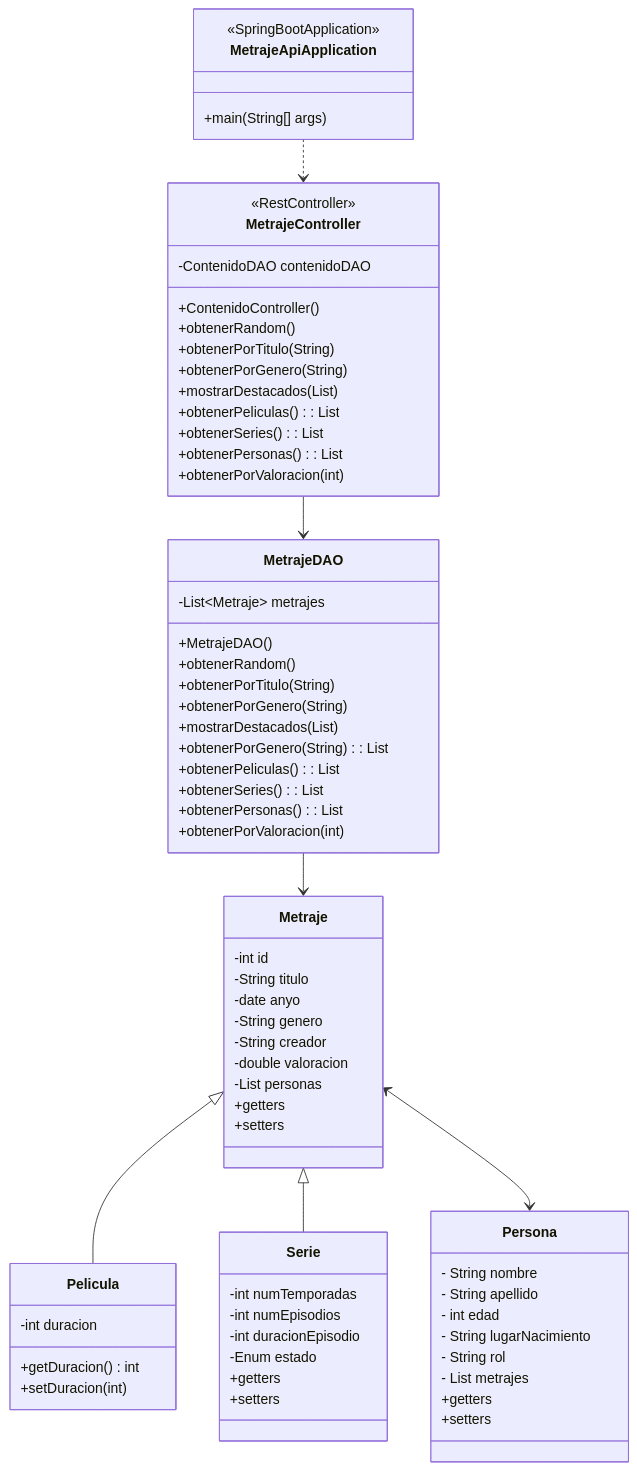
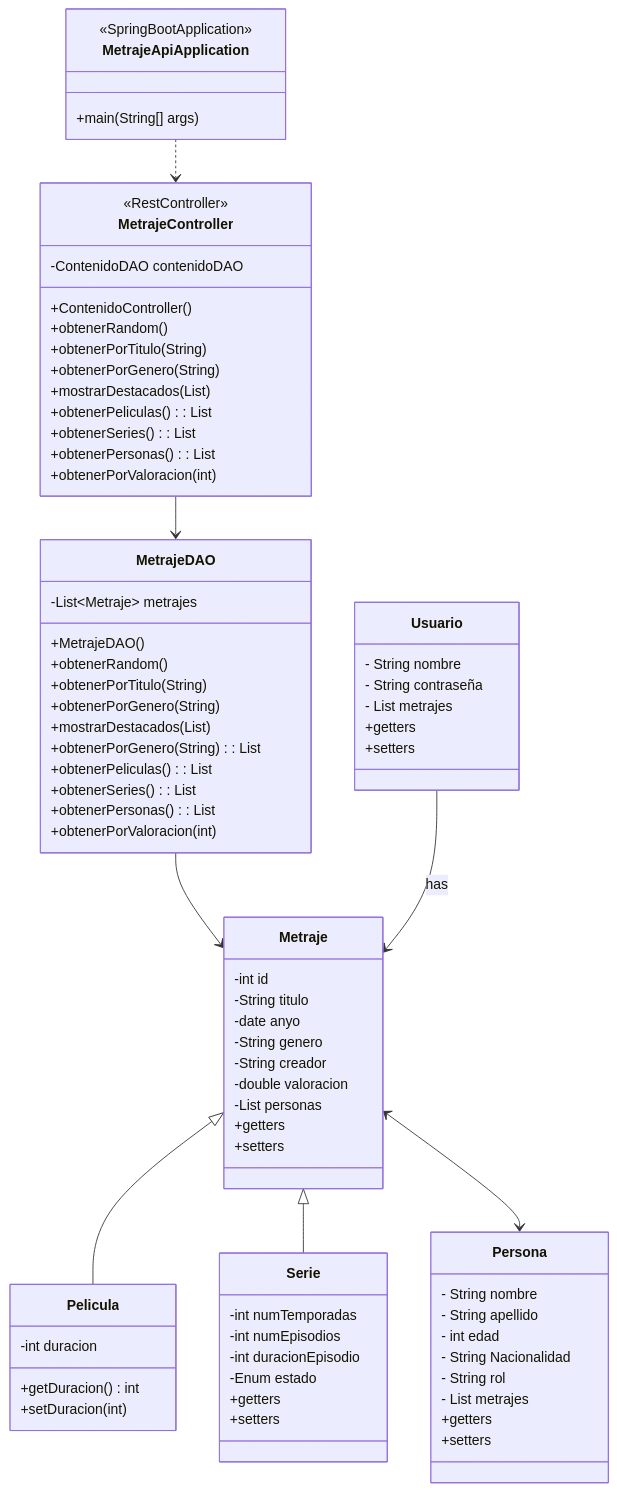
One commit to JesusCanas/PlotTwist changed the diagram in diseño/diagrama_clase.md. Above: the diagram before and after it, drawn with Mermaid.

Commit message:
Añadido clase usuario

````diff
--- a/diseño/diagrama_clase.md
+++ b/diseño/diagrama_clase.md
@@ -31,7 +31,7 @@
         - String nombre
         - String apellido
         - int edad
-        - String lugarNacimiento
+        - String Nacionalidad
         - String rol
         - List<Metraje> metrajes
         +getters
@@ -69,10 +69,22 @@
         <<SpringBootApplication>>
         +main(String[] args)
     }
+
+    class Usuario {
+        - String nombre
+        - String contraseña
+        - List<Metraje> metrajes
+        +getters
+        +setters
+    }
+
     Metraje <|-- Pelicula
     Metraje <|-- Serie 
     Metraje <--> Persona
     MetrajeDAO --> Metraje 
     MetrajeController --> MetrajeDAO 
     MetrajeApiApplication ..> MetrajeController 
+    Usuario --> Metraje : has
+
+    
 ```
````
